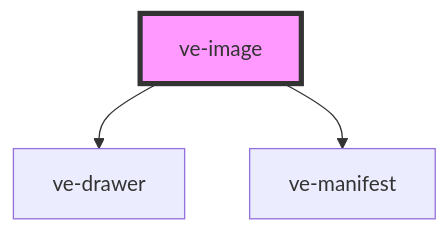
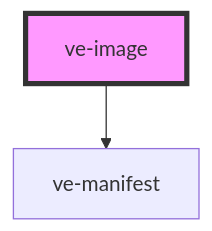
The diagram in src/components/ve-image/readme.md (visual-essays/web-components), drawn with Mermaid before and after one commit. The commit also changed other lines of this file and 9 other files, not shown here.

````diff
--- a/src/components/ve-image/readme.md
+++ b/src/components/ve-image/readme.md
@@ -36,6 +35,5 @@
 ```mermaid
 graph TD;
-  ve-image --> ve-drawer
   ve-image --> ve-manifest
   style ve-image fill:#f9f,stroke:#333,stroke-width:4px
 ```
````
